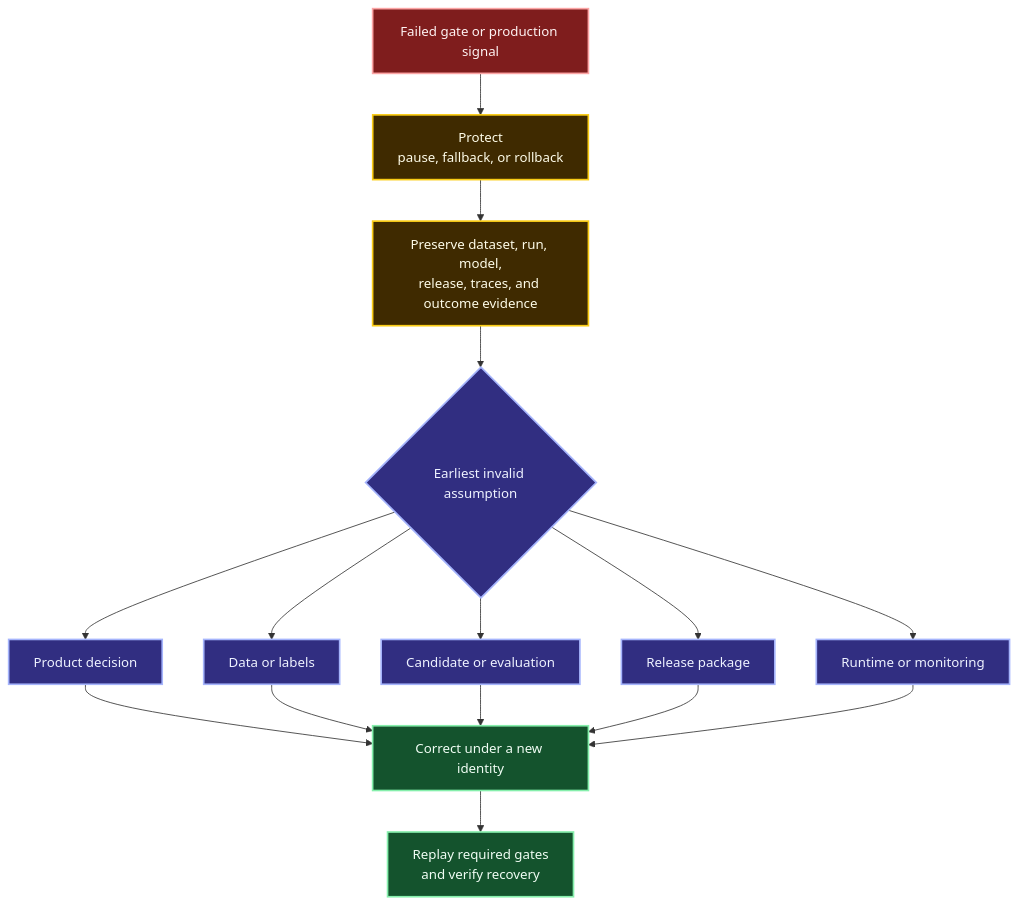
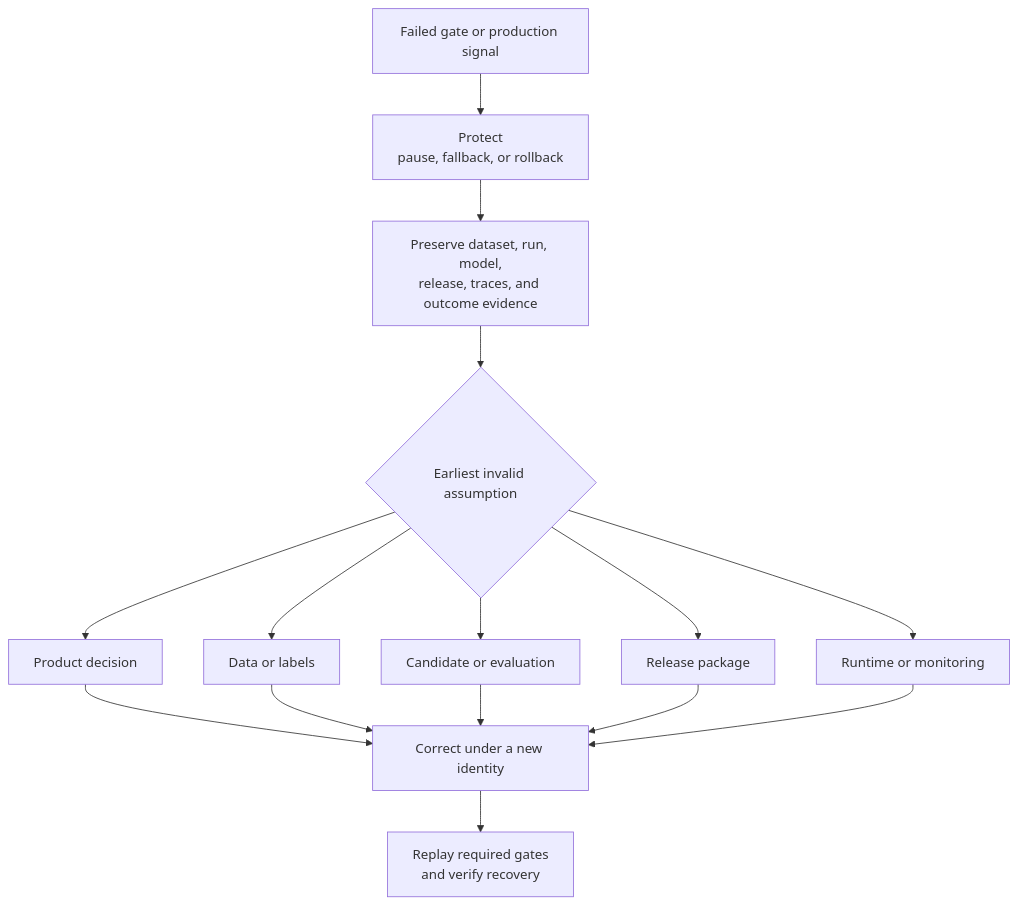
One commit to senlinyy/dev-roadmaps changed the fourth of 4 diagrams in roadmaps/mlops/modules/mlops-foundations/what-mlops-solves/02-ml-system-lifecycle.md. Above: the diagram before and after it, drawn with Mermaid. The commit also changed other lines of this file and 152 other files, not shown here.

Commit message:
feat: mlops and diagrams updated

````diff
--- a/roadmaps/mlops/modules/mlops-foundations/what-mlops-solves/02-ml-system-lifecycle.md
+++ b/roadmaps/mlops/modules/mlops-foundations/what-mlops-solves/02-ml-system-lifecycle.md
@@ -366,26 +361,22 @@
 ```mermaid
 flowchart TD
     A["Failed gate or production signal"] --> B["Protect<br/>pause, fallback, or rollback"]
     B --> C["Preserve dataset, run, model,<br/>release, traces, and outcome evidence"]
     C --> D{"Earliest invalid assumption"}
     D --> P["Product decision"]
     D --> DA["Data or labels"]
     D --> M["Candidate or evaluation"]
     D --> R["Release package"]
     D --> O["Runtime or monitoring"]
     P --> N["Correct under a new identity"]
     DA --> N
     M --> N
     R --> N
     O --> N
     N --> V["Replay required gates<br/>and verify recovery"]
 
-    classDef signal fill:#7F1D1D,stroke:#FCA5A5,color:#FEF2F2,stroke-width:2px;
-    classDef protect fill:#3F2A00,stroke:#FACC15,color:#FEFCE8,stroke-width:2px;
-    classDef decide fill:#312E81,stroke:#A5B4FC,color:#EEF2FF,stroke-width:2px;
-    classDef repair fill:#14532D,stroke:#86EFAC,color:#F0FDF4,stroke-width:2px;
     class A signal;
     class B,C protect;
     class D,P,DA,M,R,O decide;
     class N,V repair;
 ```
````
